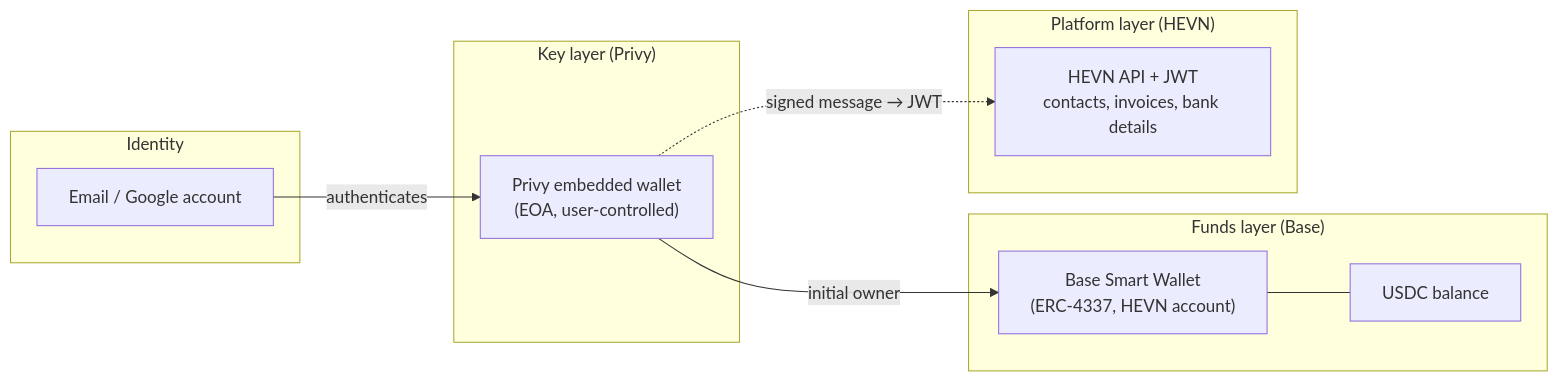
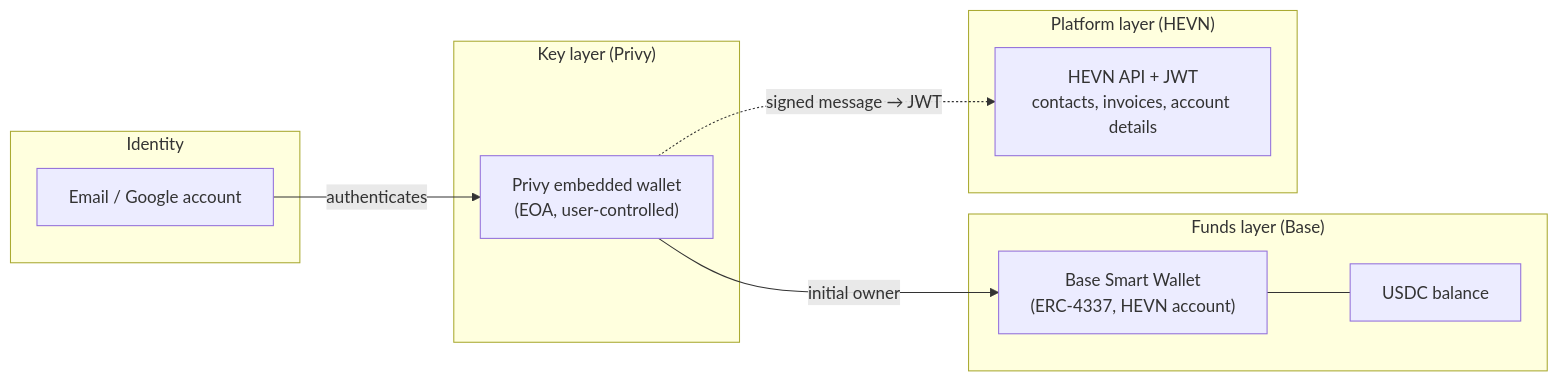
One commit to hevn-inc/docs changed the first of 2 diagrams in general/architecture.mdx. Above: the diagram before and after it, drawn with Mermaid. The commit also changed other lines of this file and 37 other files, not shown here.

````diff
--- a/general/architecture.mdx
+++ b/general/architecture.mdx
@@ -8,20 +8,20 @@
 ```mermaid
 flowchart LR
     subgraph Identity
         A["Email / Google account"]
     end
     subgraph Keys["Key layer (Privy)"]
         B["Privy embedded wallet<br/>(EOA, user-controlled)"]
     end
     subgraph Funds["Funds layer (Base)"]
         C["Base Smart Wallet<br/>(ERC-4337, HEVN account)"]
         D["USDC balance"]
     end
     subgraph Platform["Platform layer (HEVN)"]
-        E["HEVN API + JWT<br/>contacts, invoices, bank details"]
+        E["HEVN API + JWT<br/>contacts, invoices, account details"]
     end
     A -->|"authenticates"| B
     B -->|"initial owner"| C
     C --- D
     B -.->|"signed message → JWT"| E
 ```
````
